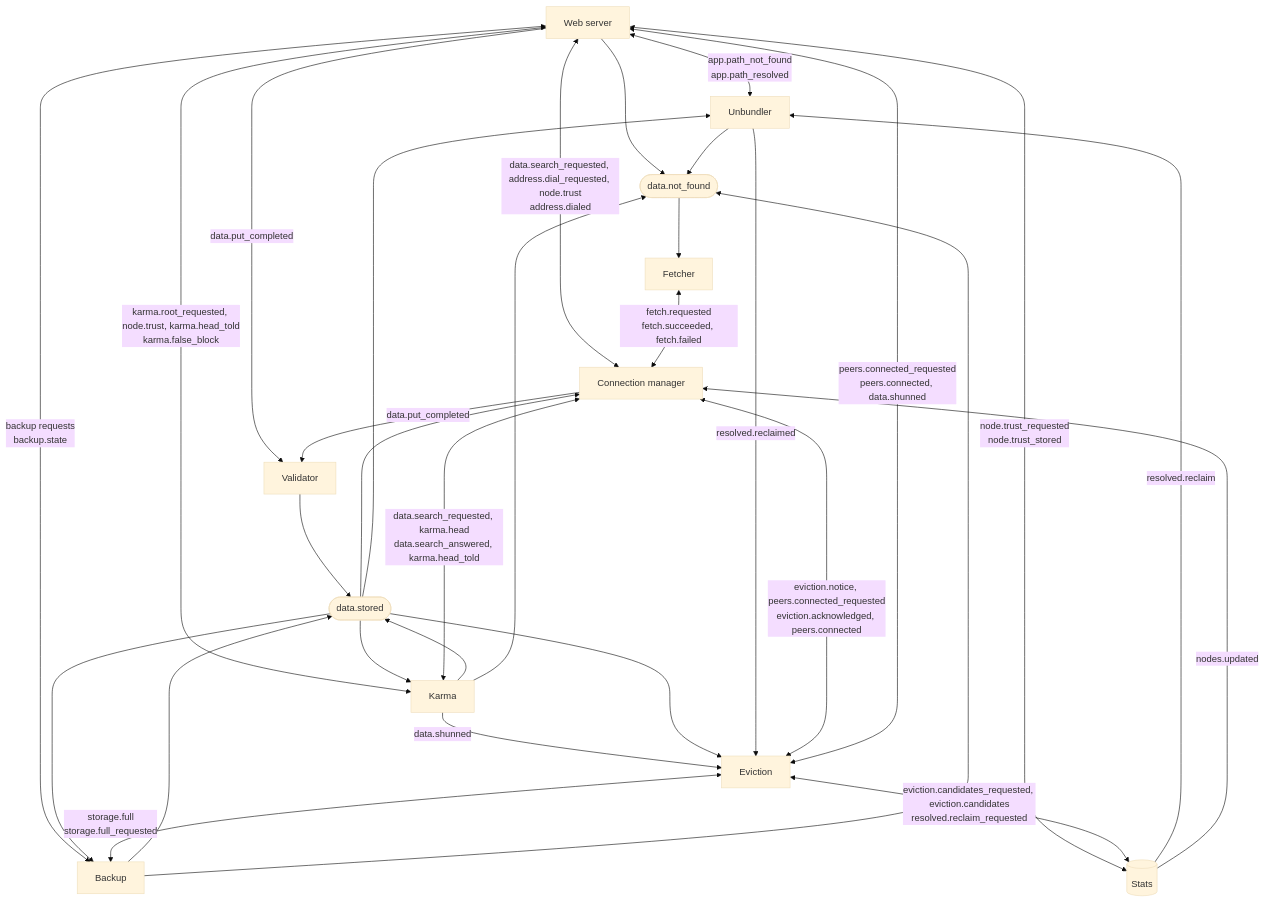
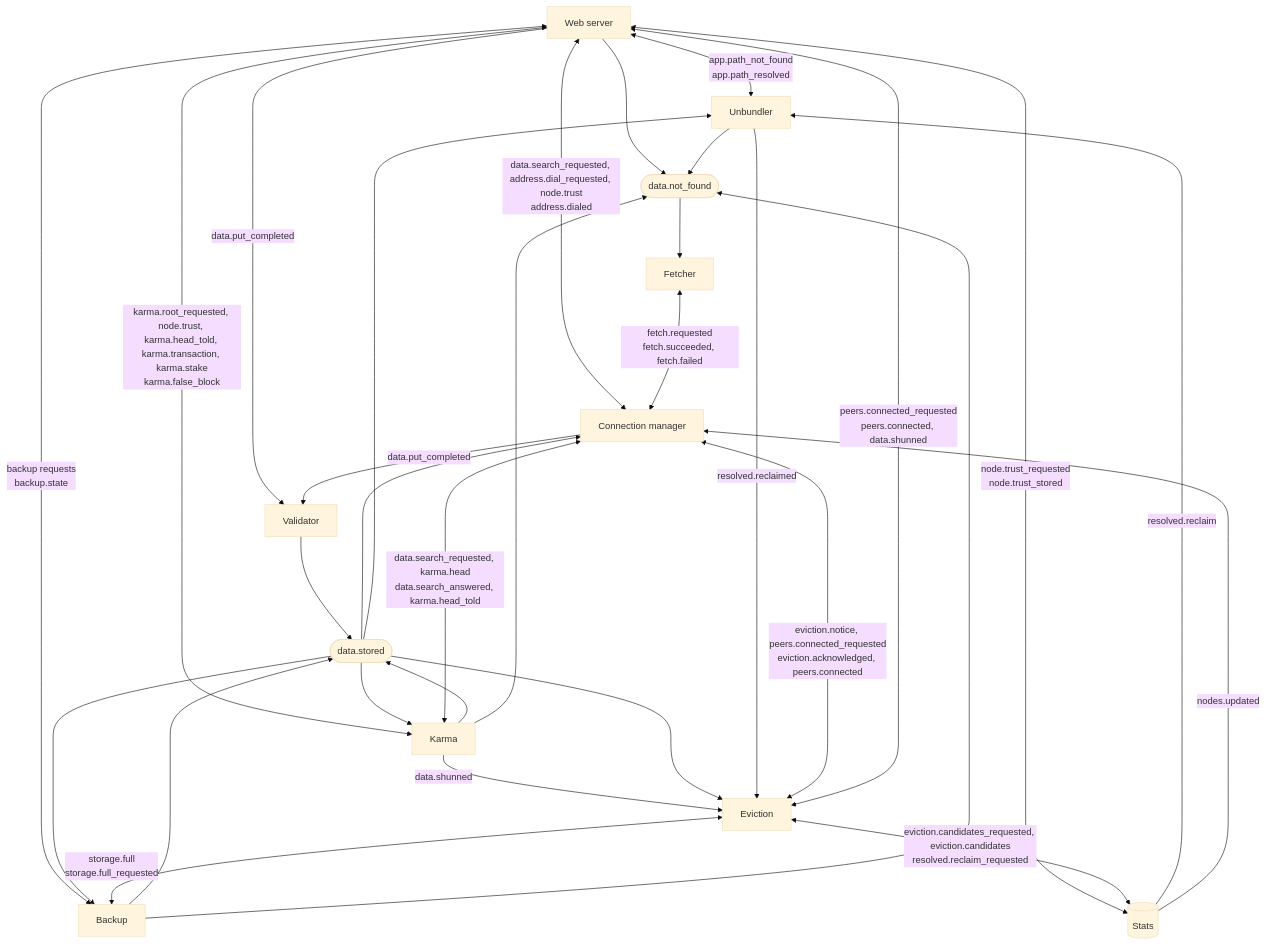
Before and after one commit to marcpage/libranet: the eighth of 13 diagrams in docs/implementation/Module System.md, drawn with Mermaid (base theme). The commit also changed other lines of this file and 56 other files, not shown here.

````diff
--- a/docs/implementation/Module System.md
+++ b/docs/implementation/Module System.md
@@ -1152,45 +1163,45 @@
 ```mermaid
 flowchart TB
     web["Web server"]
     unb["Unbundler"]
     backup["Backup"]
     karma["Karma"]
     val["Validator"]
     fetch["Fetcher"]
     conn["Connection manager"]
     evict["Eviction"]
     stats[("Stats")]
     stored(["data.stored"])
     missing(["data.not_found"])
 
     web <-->|"app.path_not_found<br/>app.path_resolved"| unb
     web <-->|"backup requests<br/>backup.state"| backup
     web -->|"data.put_completed"| val
     web <-->|"data.search_requested, address.dial_requested, node.trust<br/>address.dialed"| conn
     web <-->|"node.trust_requested<br/>node.trust_stored"| stats
-    web <-->|"karma.root_requested, node.trust, karma.head_told<br/>karma.false_block"| karma
+    web <-->|"karma.root_requested, node.trust, karma.head_told, karma.transaction, karma.stake<br/>karma.false_block"| karma
     karma <-->|"data.search_requested, karma.head<br/>data.search_answered, karma.head_told"| conn
     karma -->|"data.shunned"| evict
     conn -->|"data.put_completed"| val
     val --> stored
     backup --> stored
     karma --> stored
     stored --> conn
     stored --> evict
     stored --> backup
     stored --> unb
     stored --> karma
     web --> missing
     unb --> missing
     backup --> missing
     karma --> missing
     missing --> fetch
     fetch <-->|"fetch.requested<br/>fetch.succeeded, fetch.failed"| conn
     evict <-->|"eviction.notice, peers.connected_requested<br/>eviction.acknowledged, peers.connected"| conn
     evict <-->|"peers.connected_requested<br/>peers.connected, data.shunned"| web
     evict <-->|"storage.full<br/>storage.full_requested"| backup
     evict <-->|"eviction.candidates_requested, eviction.candidates<br/>resolved.reclaim_requested"| stats
     stats -->|"resolved.reclaim"| unb
     unb -->|"resolved.reclaimed"| evict
     stats -->|"nodes.updated"| conn
 ```
````
